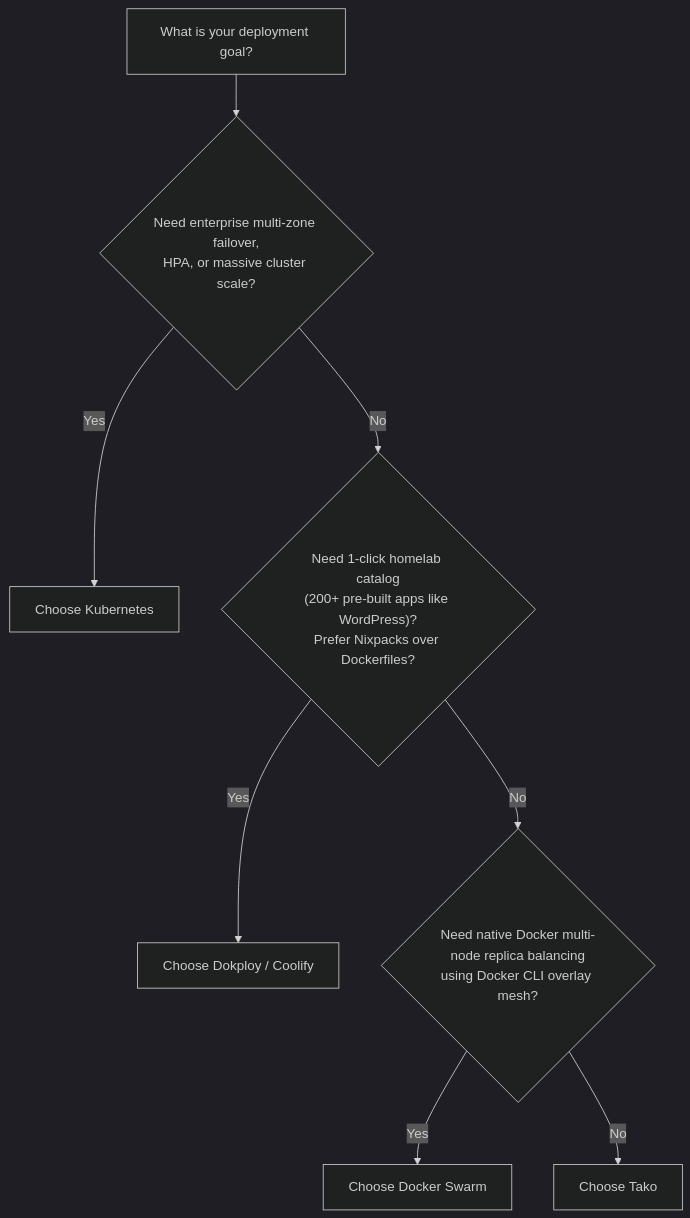
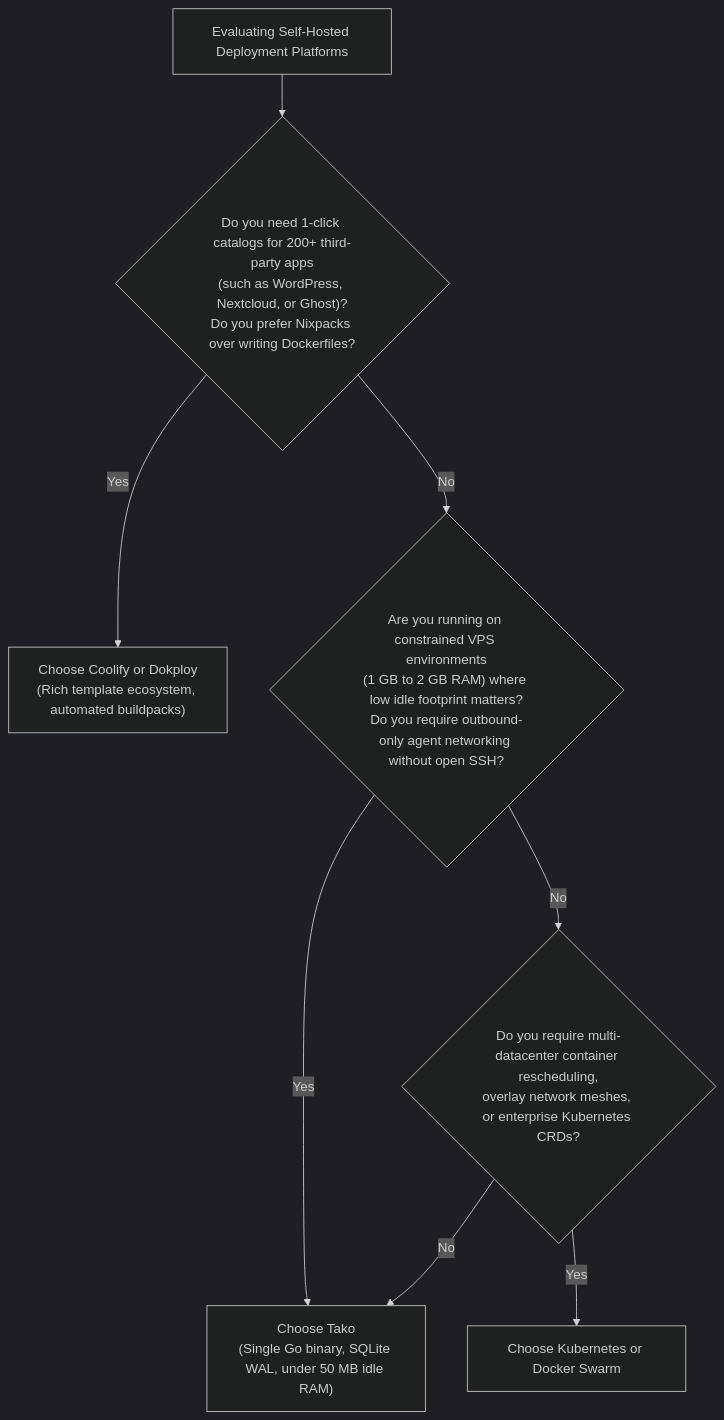
One commit to gettako/tako changed the diagram in docs/why-tako.mdx. Above: the diagram before and after it, drawn with Mermaid (dark theme). The commit also changed other lines of this file and 34 other files, not shown here.

Commit message:
refactor: restructure and expand documentation with new guides, references, and architecture guides

````diff
--- a/docs/why-tako.mdx
+++ b/docs/why-tako.mdx
@@ -94,10 +76,13 @@
 ```mermaid
 flowchart TD
-    Start["What is your deployment goal?"] --> Q1{"Need enterprise multi-zone failover,<br/>HPA, or massive cluster scale?"}
-    Q1 -- Yes --> K8s["Choose Kubernetes"]
-    Q1 -- No --> Q2{"Need 1-click homelab catalog<br/>(200+ pre-built apps like WordPress)?<br/>Prefer Nixpacks over Dockerfiles?"}
-    Q2 -- Yes --> Dokploy["Choose Dokploy / Coolify"]
-    Q2 -- No --> Q3{"Need native Docker multi-node replica balancing<br/>using Docker CLI overlay mesh?"}
-    Q3 -- Yes --> Swarm["Choose Docker Swarm"]
-    Q3 -- No --> Tako["Choose Tako"]
+    Start["Evaluating Self-Hosted Deployment Platforms"] --> Q1{"Do you need 1-click catalogs for 200+ third-party apps<br/>(such as WordPress, Nextcloud, or Ghost)?<br/>Do you prefer Nixpacks over writing Dockerfiles?"}
+    
+    Q1 -- "Yes" --> ChooseCoolify["Choose Coolify or Dokploy<br/>(Rich template ecosystem, automated buildpacks)"]
+    Q1 -- "No" --> Q2{"Are you running on constrained VPS environments<br/>(1 GB to 2 GB RAM) where low idle footprint matters?<br/>Do you require outbound-only agent networking without open SSH?"}
+    
+    Q2 -- "Yes" --> ChooseTako["Choose Tako<br/>(Single Go binary, SQLite WAL, under 50 MB idle RAM)"]
+    Q2 -- "No" --> Q3{"Do you require multi-datacenter container rescheduling,<br/>overlay network meshes, or enterprise Kubernetes CRDs?"}
+    
+    Q3 -- "Yes" --> ChooseK8s["Choose Kubernetes or Docker Swarm"]
+    Q3 -- "No" --> ChooseTako
 ```
````
